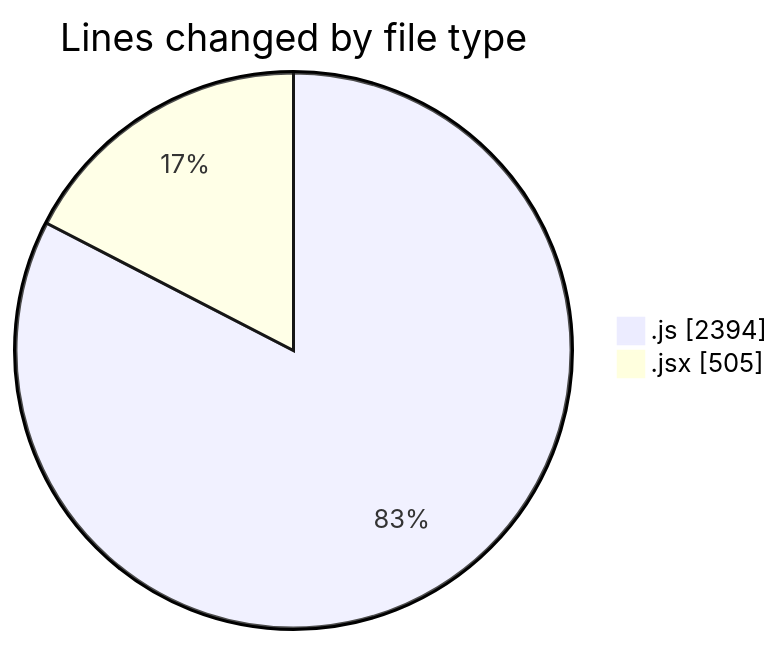
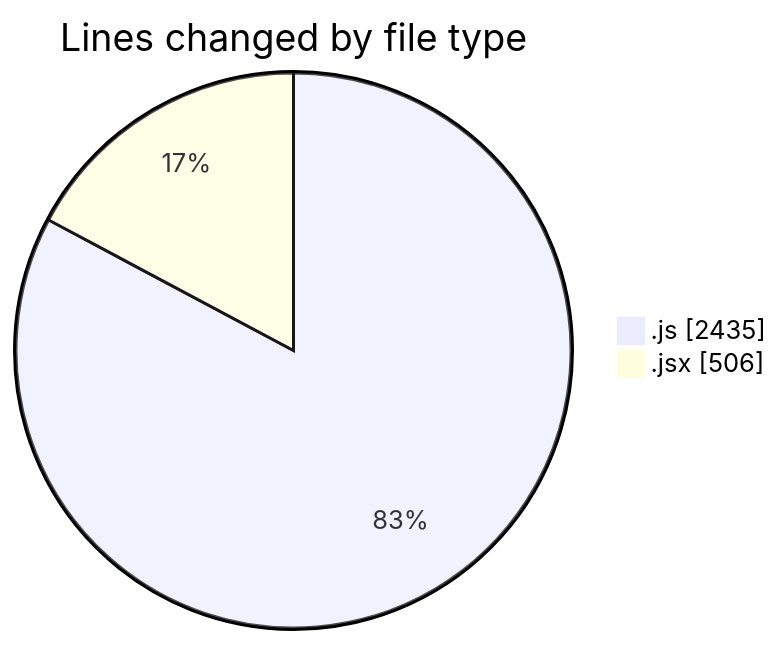
The first of 2 diagrams in 2025-07-27/nxtqube_webapp/README.md (nxtqubesakshisongat/code-tracking), drawn with Mermaid before and after one commit. The commit also changed other lines of this file and 1 other file, not shown here.

````diff
--- a/2025-07-27/nxtqube_webapp/README.md
+++ b/2025-07-27/nxtqube_webapp/README.md
@@ -24,6 +24,6 @@
 ```mermaid
 pie showData
 title Lines changed by file type
-".js" : 2394
-".jsx" : 505
+".js" : 2435
+".jsx" : 506
 ```
````
